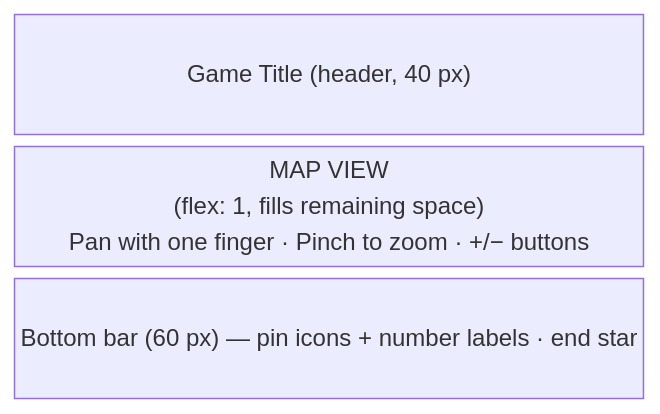
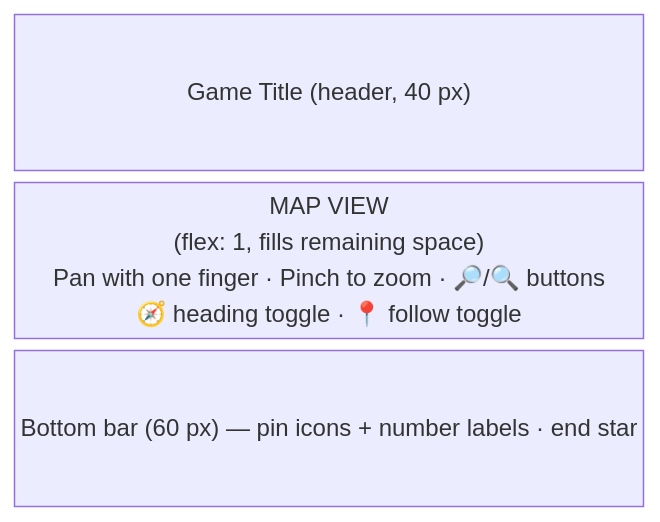
Before and after one commit to kavierim/Checkpoint_buzzle: the second of 3 diagrams in spec.md, drawn with Mermaid. The commit also changed other lines of this file and 1 other file, not shown here.

First line of the commit message:
Update documentation: player face, heading/follow mode, icons, controls

````diff
--- a/spec.md
+++ b/spec.md
@@ -71,7 +71,7 @@
 ```mermaid
 block-beta
   columns 1
   header["Game Title (header, 40 px)"]
-  map["MAP VIEW\n(flex: 1, fills remaining space)\nPan with one finger · Pinch to zoom · +/− buttons"]
+  map["MAP VIEW\n(flex: 1, fills remaining space)\nPan with one finger · Pinch to zoom · 🔎/🔍 buttons\n🧭 heading toggle · 📍 follow toggle"]
   bar["Bottom bar (60 px) — pin icons + number labels · end star"]
 ```
````
